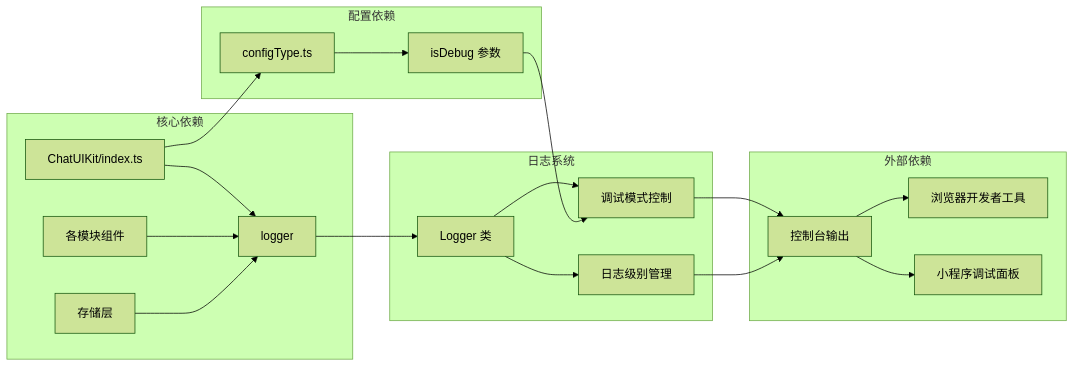
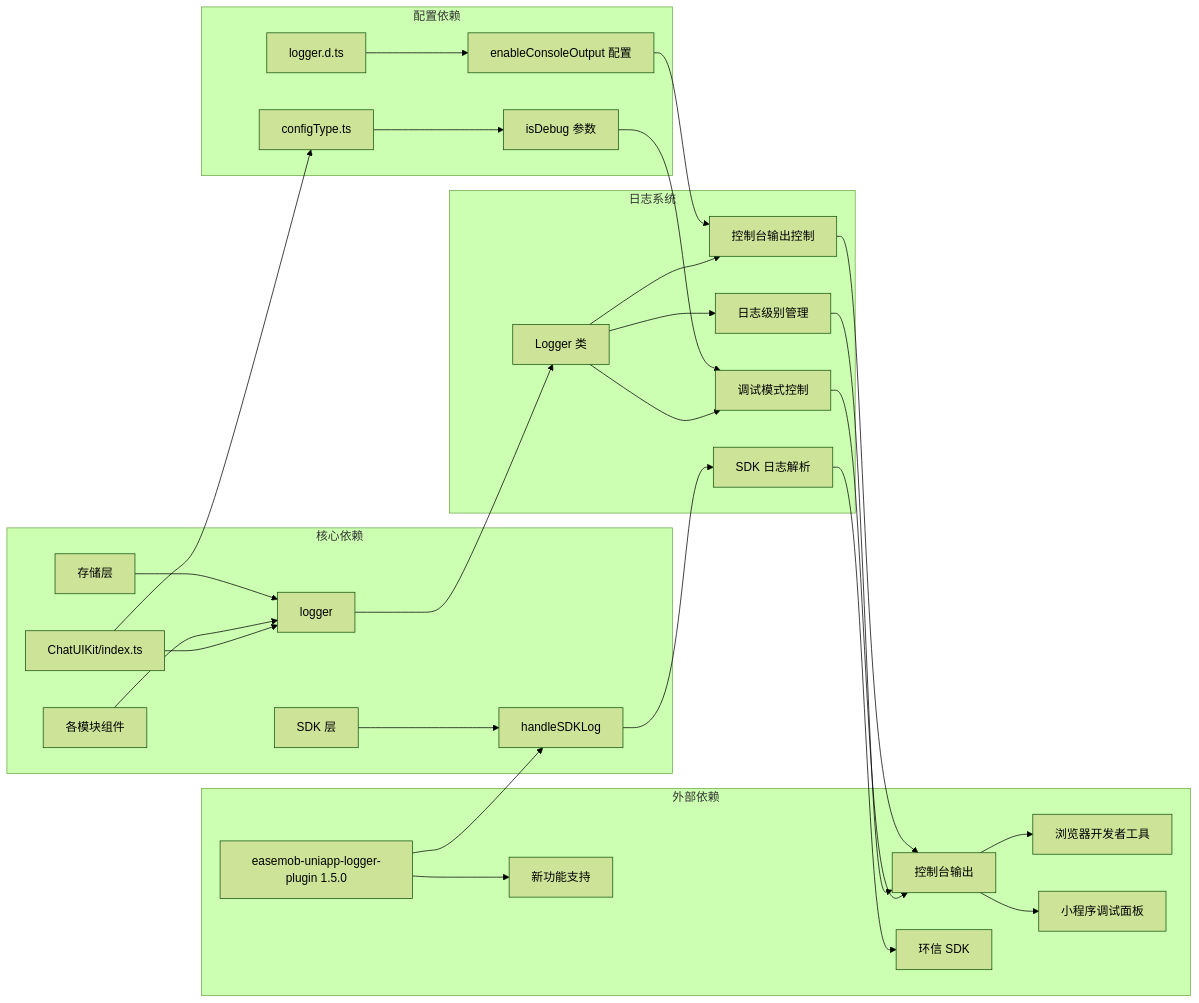
One commit to Easemob-Community/easemob-uikit-uniapp-community changed the ninth of 9 diagrams in .qoder/repowiki/zh/content/核心架构/日志系统/日志系统.md. Above: the diagram before and after it, drawn with Mermaid (forest theme). The commit also changed other lines of this file and 4 other files, not shown here.

````diff
--- a/.qoder/repowiki/zh/content/核心架构/日志系统/日志系统.md
+++ b/.qoder/repowiki/zh/content/核心架构/日志系统/日志系统.md
@@ -276,24 +352,33 @@
 ```mermaid
 graph LR
 subgraph "核心依赖"
 A[ChatUIKit/index.ts] --> B[logger]
 C[各模块组件] --> B
 D[存储层] --> B
+E[SDK 层] --> F[handleSDKLog]
 end
 subgraph "日志系统"
-B --> E[Logger 类]
-E --> F[调试模式控制]
-E --> G[日志级别管理]
+B --> G[Logger 类]
+G --> H[调试模式控制]
+G --> I[日志级别管理]
+G --> J[控制台输出控制]
+F --> K[SDK 日志解析]
 end
 subgraph "外部依赖"
-F --> H[控制台输出]
-G --> H
-H --> I[浏览器开发者工具]
-H --> J[小程序调试面板]
+H --> L[控制台输出]
+I --> L
+J --> L
+K --> M[环信 SDK]
+L --> N[浏览器开发者工具]
+L --> O[小程序调试面板]
+P[easemob-uniapp-logger-plugin 1.5.0] --> Q[新功能支持]
 end
 subgraph "配置依赖"
-K[configType.ts] --> L[isDebug 参数]
-L --> F
+R[configType.ts] --> S[isDebug 参数]
+T[logger.d.ts] --> U[enableConsoleOutput 配置]
+S --> H
+U --> J
 end
-A --> K
+A --> R
+P --> F
 ```
````
